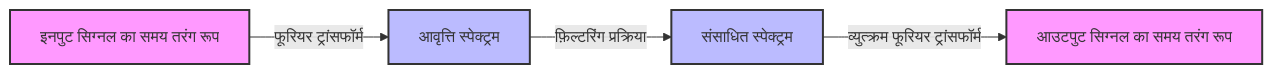
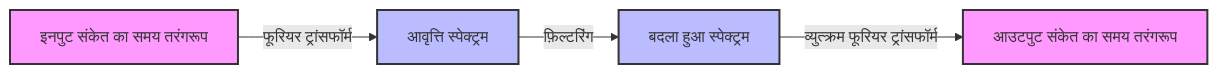
The diagram in content/post/fourier-series-and-transform/index.hi.md (kenjinote/blog), drawn with Mermaid before and after one commit. The commit also changed other lines of this file and 6 other files, not shown here.

````diff
--- a/content/post/fourier-series-and-transform/index.hi.md
+++ b/content/post/fourier-series-and-transform/index.hi.md
@@ -80,12 +93,11 @@
 ```mermaid
 flowchart LR
-    A["इनपुट सिग्नल का समय तरंग रूप"] -->|"फूरियर ट्रांसफॉर्म"| B["आवृत्ति स्पेक्ट्रम"]
-    B -->|"फ़िल्टरिंग प्रक्रिया"| C["संसाधित स्पेक्ट्रम"]
-    C -->|"व्युत्क्रम फूरियर ट्रांसफॉर्म"| D["आउटपुट सिग्नल का समय तरंग रूप"]
-    
-    %% नोड स्टाइलिंग
+    A["इनपुट संकेत का समय तरंगरूप"] -->|"फूरियर ट्रांसफॉर्म"| B["आवृत्ति स्पेक्ट्रम"]
+    B -->|"फ़िल्टरिंग"| C["बदला हुआ स्पेक्ट्रम"]
+    C -->|"व्युत्क्रम फूरियर ट्रांसफॉर्म"| D["आउटपुट संकेत का समय तरंगरूप"]
+
     style A fill:#f9f,stroke:#333,stroke-width:2px
     style B fill:#bbf,stroke:#333,stroke-width:2px
     style C fill:#bbf,stroke:#333,stroke-width:2px
     style D fill:#f9f,stroke:#333,stroke-width:2px
 ```
````
